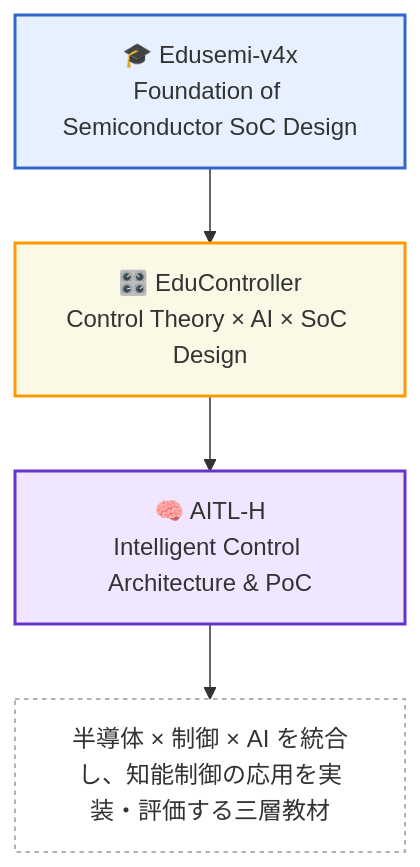
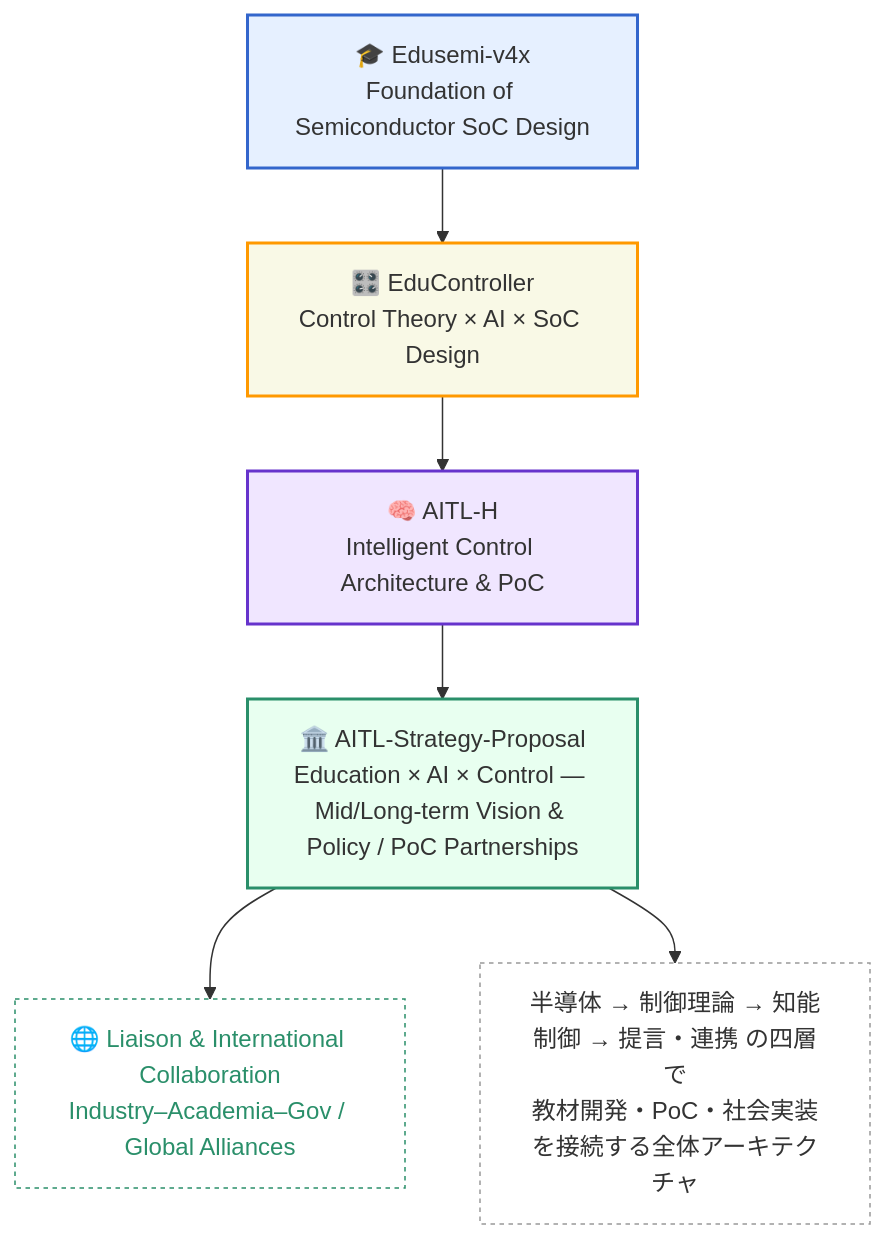
The diagram in index.md (Samizo-AITL/Samizo-AITL.github.io), drawn with Mermaid before and after one commit.

````diff
--- a/index.md
+++ b/index.md
@@ -88,17 +88,28 @@
 ```mermaid
 flowchart TD
     A[🎓 Edusemi-v4x<br/>Foundation of Semiconductor SoC Design] 
         --> B[🎛️ EduController<br/>Control Theory × AI × SoC Design] 
         --> C[🧠 AITL-H<br/>Intelligent Control Architecture & PoC]
+        --> D[🏛️ AITL-Strategy-Proposal<br/>Education × AI × Control — Mid/Long-term Vision & Policy / PoC Partnerships]
 
+    %% 連携・国際協働の強調（サブノード）
+    D --> E[🌐 Liaison & International Collaboration<br/>Industry–Academia–Gov / Global Alliances]
 
-    %% スタイル定義
+    %% スタイル
     style A fill:#e6f0ff,stroke:#3366cc,stroke-width:2px
     style B fill:#f9f9e6,stroke:#ff9900,stroke-width:2px
     style C fill:#f0e6ff,stroke:#6633cc,stroke-width:2px
+    style D fill:#e8fff0,stroke:#2a8f6a,stroke-width:2px
+    style E fill:#ffffff,stroke:#2a8f6a,stroke-dasharray:3 3,color:#2a8f6a
 
     %% 注釈
-    classDef note fill:#ffffff,stroke:#999,stroke-dasharray: 3 3,color:#333;
-    D["半導体 × 制御 × AI を統合し、知能制御の応用を実装・評価する三層教材"]:::note
-    C --> D
+    classDef note fill:#ffffff,stroke:#999,stroke-dasharray:3 3,color:#333;
+    N["半導体 → 制御理論 → 知能制御 → 提言・連携 の四層で<br/>教材開発・PoC・社会実装を接続する全体アーキテクチャ"]:::note
+    D --> N
+
+    %% （任意）クリックで各サイトに飛ばす場合は下の3行のコメントを外してください
+    %% click A "https://samizo-aitl.github.io/Edusemi-v4x/" _blank
+    %% click B "https://samizo-aitl.github.io/EduController/" _blank
+    %% click C "https://samizo-aitl.github.io/AITL-H/" _blank
+    %% click D "https://samizo-aitl.github.io/AITL-Strategy-Proposal/" _blank
 ```
````
